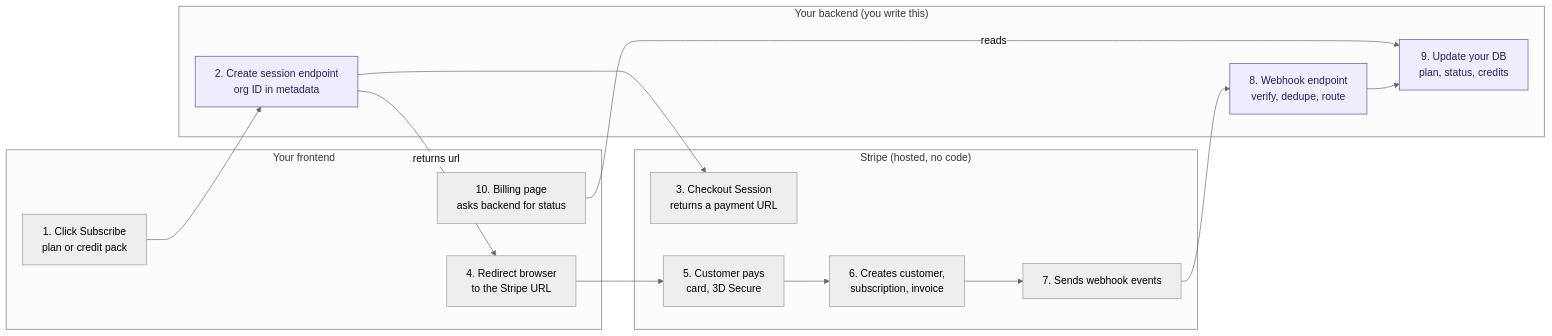
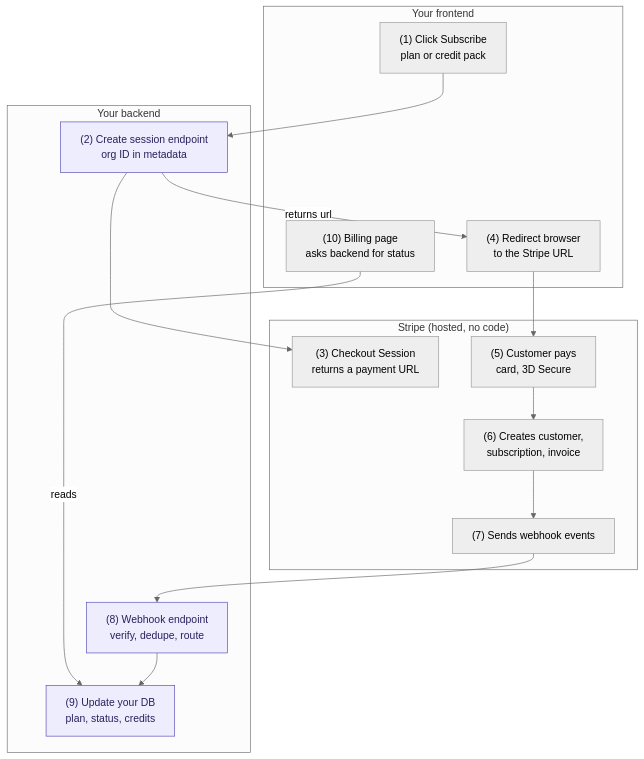
Before and after one commit to eshan-one/stripe-billing-101: the first of 5 diagrams in docs/architecture.md, drawn with Mermaid (neutral theme). The commit also changed 3 other files, not shown here.

First line of the commit message:
Add public web page for GitHub Pages and fix diagram labels

````diff
--- a/docs/architecture.md
+++ b/docs/architecture.md
@@ -9,27 +9,27 @@
 ```mermaid
-flowchart LR
+flowchart TB
   subgraph FE["Your frontend"]
-    A1["1. Click Subscribe<br/>plan or credit pack"]
-    A4["4. Redirect browser<br/>to the Stripe URL"]
-    A10["10. Billing page<br/>asks backend for status"]
+    A1["(1) Click Subscribe<br/>plan or credit pack"]
+    A4["(4) Redirect browser<br/>to the Stripe URL"]
+    A10["(10) Billing page<br/>asks backend for status"]
   end
-  subgraph BE["Your backend (you write this)"]
-    B2["2. Create session endpoint<br/>org ID in metadata"]
-    B8["8. Webhook endpoint<br/>verify, dedupe, route"]
-    B9["9. Update your DB<br/>plan, status, credits"]
+  subgraph BE["Your backend"]
+    B2["(2) Create session endpoint<br/>org ID in metadata"]
+    B8["(8) Webhook endpoint<br/>verify, dedupe, route"]
+    B9["(9) Update your DB<br/>plan, status, credits"]
   end
   subgraph ST["Stripe (hosted, no code)"]
-    S3["3. Checkout Session<br/>returns a payment URL"]
-    S5["5. Customer pays<br/>card, 3D Secure"]
-    S6["6. Creates customer,<br/>subscription, invoice"]
-    S7["7. Sends webhook events"]
+    S3["(3) Checkout Session<br/>returns a payment URL"]
+    S5["(5) Customer pays<br/>card, 3D Secure"]
+    S6["(6) Creates customer,<br/>subscription, invoice"]
+    S7["(7) Sends webhook events"]
   end
   A1 --> B2
   B2 --> S3
   B2 -->|"returns url"| A4
   A4 --> S5
   S5 --> S6 --> S7 --> B8 --> B9
   A10 -->|"reads"| B9
   classDef code fill:#EEEDFE,stroke:#534AB7,color:#26215C
   class B2,B8,B9 code
 ```
````
